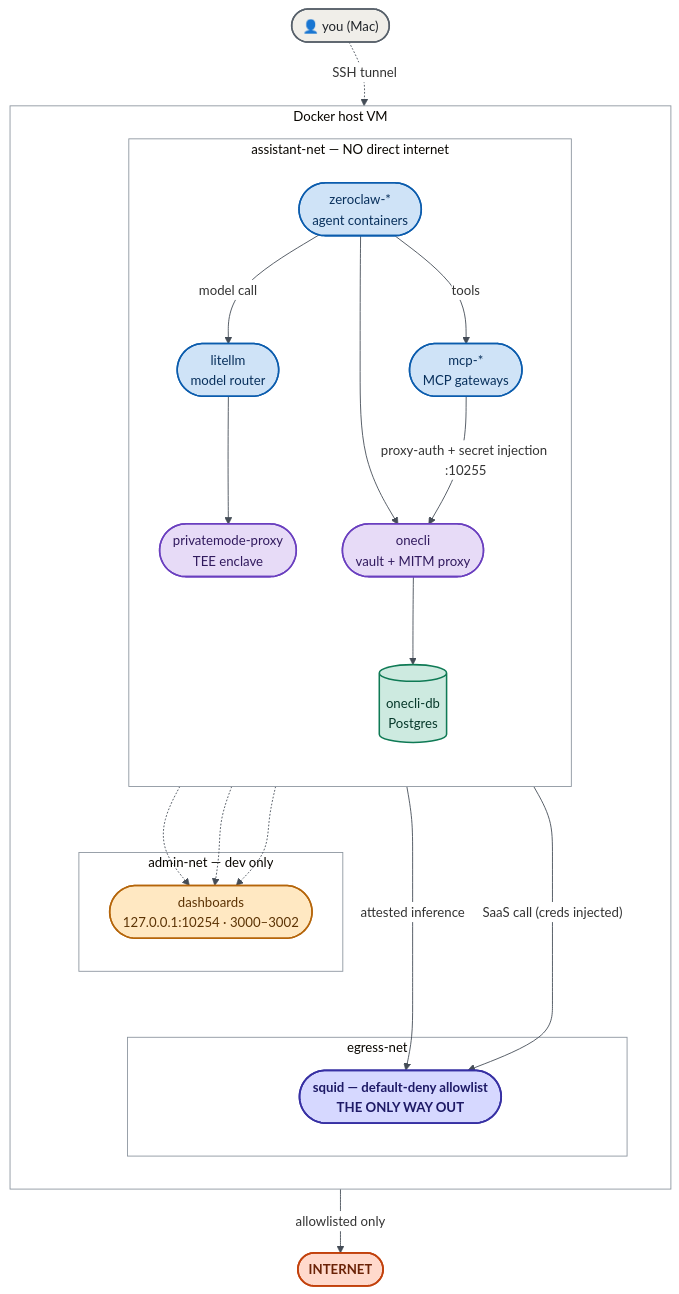
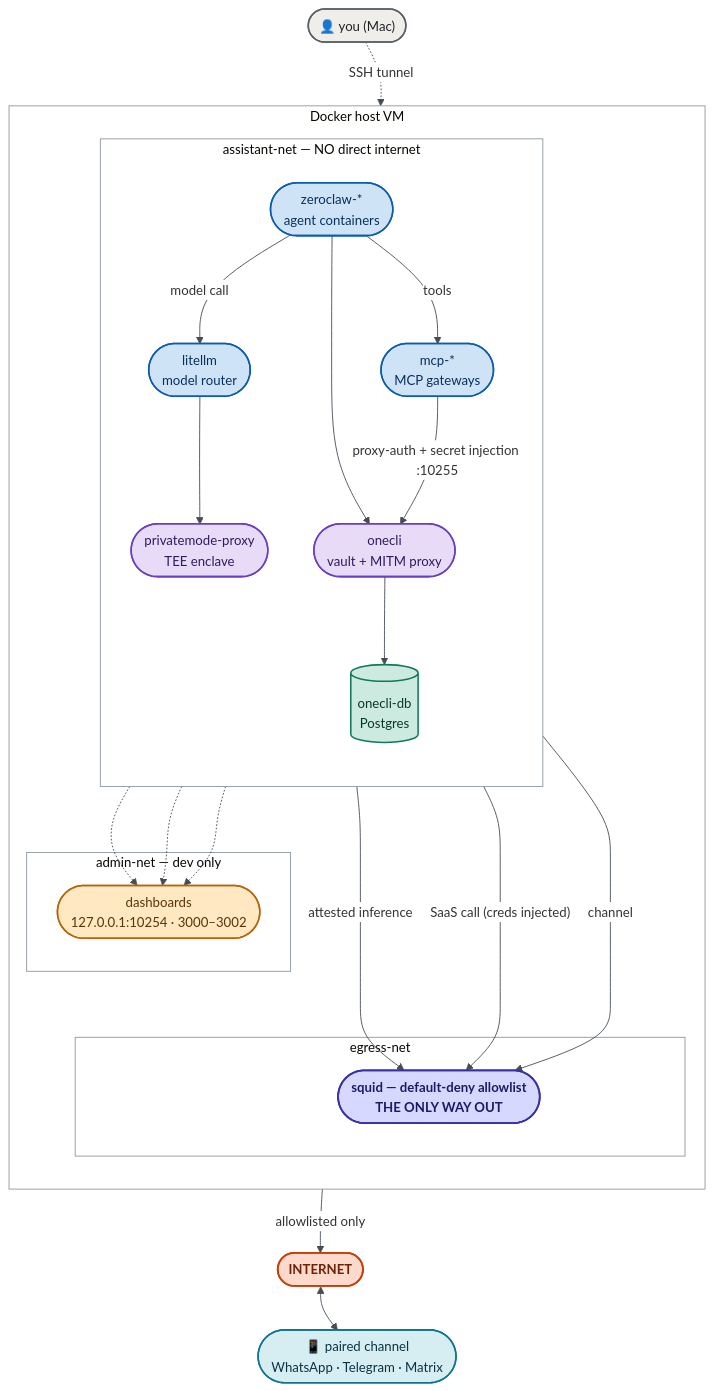
One commit to bgheneti/secure-assistant-stack changed the diagram in README.md. Above: the diagram before and after it, drawn with Mermaid. The commit also changed other lines of this file, not shown here.

Commit message:
docs: add paired channel to mermaid diagram

````diff
--- a/README.md
+++ b/README.md
@@ -113,58 +113,63 @@
 ```mermaid
 %%{init: {'theme': 'base', 'themeVariables': {
   'fontFamily': 'monospace',
   'fontSize': '15px',
   'lineColor': '#444c56',
   'clusterBkg': '#ffffff',
   'clusterBorder': '#8c959f',
   'edgeLabelBackground': '#ffffff'
 }}}%%
 flowchart TB
   classDef agent    fill:#cfe3f7,stroke:#0b5cad,stroke-width:1.75px,color:#08305c
   classDef vault    fill:#e7dbf7,stroke:#6a3fbf,stroke-width:1.75px,color:#311a5e
   classDef db       fill:#cdeae0,stroke:#0f7a55,stroke-width:1.75px,color:#06382a
   classDef dash     fill:#ffe8c2,stroke:#b5650a,stroke-width:1.75px,color:#5c3304
   classDef squid    fill:#d6d8ff,stroke:#3730a3,stroke-width:2px,color:#1e1a66,font-weight:bold
   classDef internet fill:#ffd9cc,stroke:#c2410c,stroke-width:2px,color:#6b2207,font-weight:bold
   classDef user     fill:#f0eee9,stroke:#57606a,stroke-width:1.75px,color:#1f2328
-
+  classDef channel  fill:#d6eef2,stroke:#0e7490,stroke-width:1.75px,color:#083344
+ 
+  CHAN(["📱 paired channel<br/>WhatsApp · Telegram · Matrix"]):::channel
   USER(["👤 you (Mac)"]):::user
   INTERNET(["INTERNET"]):::internet
-
+ 
   subgraph VM["Docker host VM"]
     direction TB
-
+ 
     subgraph anet["assistant-net — NO direct internet"]
       direction TB
       zc(["zeroclaw-*<br/>agent containers"]):::agent
       mcp(["mcp-*<br/>MCP gateways"]):::agent
       onecli(["onecli<br/>vault + MITM proxy"]):::vault
       onedb[("onecli-db<br/>Postgres")]:::db
       llm(["litellm<br/>model router"]):::agent
       pm(["privatemode-proxy<br/>TEE enclave"]):::vault
     end
-
+ 
     subgraph enet["egress-net"]
       squid(["squid — default-deny allowlist<br/>THE ONLY WAY OUT"]):::squid
     end
-
+ 
     subgraph adm["admin-net — dev only"]
       dash(["dashboards<br/>127.0.0.1:10254 · 3000–3002"]):::dash
     end
   end
-
+ 
   zc -->|"model call"| llm --> pm
   pm -->|"attested inference"| squid
   zc -->|"tools"| mcp
   zc --> onecli
   mcp -->|"proxy-auth + secret injection :10255"| onecli
   onecli --> onedb
   onecli -->|"SaaS call (creds injected)"| squid
   squid -->|"allowlisted only"| INTERNET
+  zc -->|"channel"| squid
+  INTERNET <--> CHAN
   USER ~~~ zc
   USER -.->|"SSH tunnel"| dash
+  CHAN ~~~ zc
   zc -.-> dash
   onecli -.-> dash
   mcp -.-> dash
   dash ~~~ squid
 ```
````
